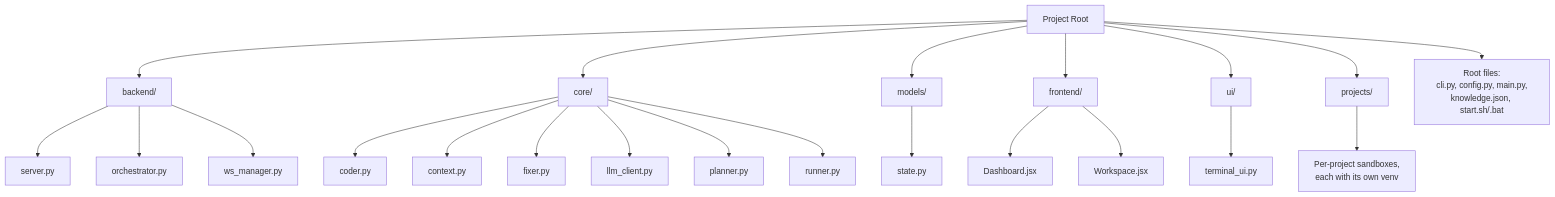
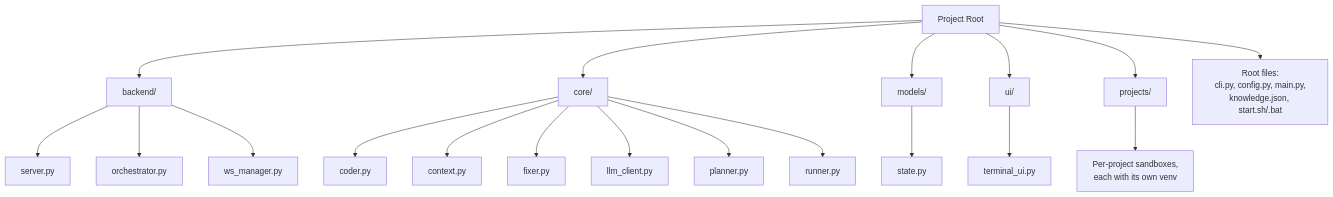
Diagram 11 of 12 in Context_Agent_Approach_Document.md (abhinav-vasudevan/Context-agent), drawn with Mermaid before and after one commit. The commit also changed other lines of this file and 15 other files, not shown here.

Commit message:
integrate Graph UI and fix Neo4j queries

````diff
--- a/Context_Agent_Approach_Document.md
+++ b/Context_Agent_Approach_Document.md
@@ -385,30 +401,26 @@
 ```mermaid
 flowchart TB
     Root["Project Root"] --> BE[backend/]
     Root --> Core[core/]
     Root --> Mod[models/]
-    Root --> FE[frontend/]
     Root --> UI[ui/]
     Root --> Proj[projects/]
     Root --> RootFiles["Root files:<br/>cli.py, config.py, main.py,<br/>knowledge.json, start.sh/.bat"]
 
     BE --> server[server.py]
     BE --> orch[orchestrator.py]
     BE --> wsm[ws_manager.py]
 
     Core --> coder[coder.py]
     Core --> context[context.py]
     Core --> fixer[fixer.py]
     Core --> llmc[llm_client.py]
     Core --> planner[planner.py]
     Core --> runner[runner.py]
 
     Mod --> state[state.py]
 
-    FE --> dashboard[Dashboard.jsx]
-    FE --> workspace[Workspace.jsx]
-
     UI --> termui[terminal_ui.py]
 
     Proj --> sandboxes["Per-project sandboxes,<br/>each with its own venv"]
 ```
````
